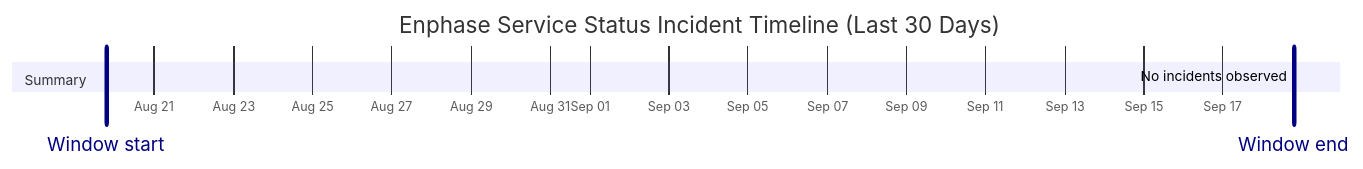
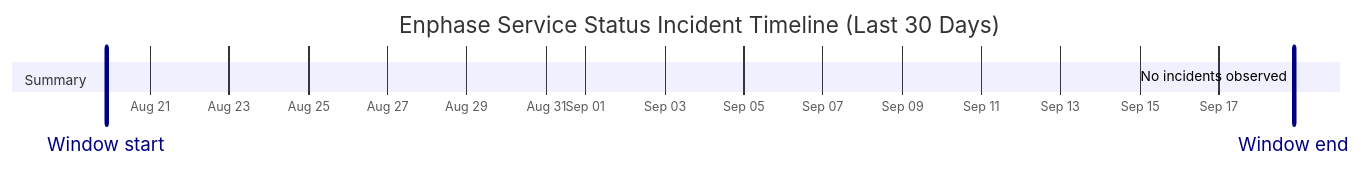
The diagram in wiki/Service-Status-History.md (barneyonline/ha-enphase-energy), drawn with Mermaid before and after one commit. The commit also changed other lines of this file and 3 other files, not shown here.

````diff
--- a/wiki/Service-Status-History.md
+++ b/wiki/Service-Status-History.md
@@ -14,10 +14,10 @@
 ```mermaid
 gantt
     title Enphase Service Status Incident Timeline (Last 30 Days)
     dateFormat  YYYY-MM-DDTHH:mm:ss
     axisFormat  %b %d
-    Window start :vert, window-start, 2026-08-19T18:52:24, 0ms
-    Window end :vert, window-end, 2026-09-18T18:52:24, 0ms
+    Window start :vert, window-start, 2026-08-19T21:25:08, 0ms
+    Window end :vert, window-end, 2026-09-18T21:25:08, 0ms
     section Summary
-    No incidents observed :done, 2026-09-18T18:52:24, 1m
+    No incidents observed :done, 2026-09-18T21:25:08, 1m
 ```
````
